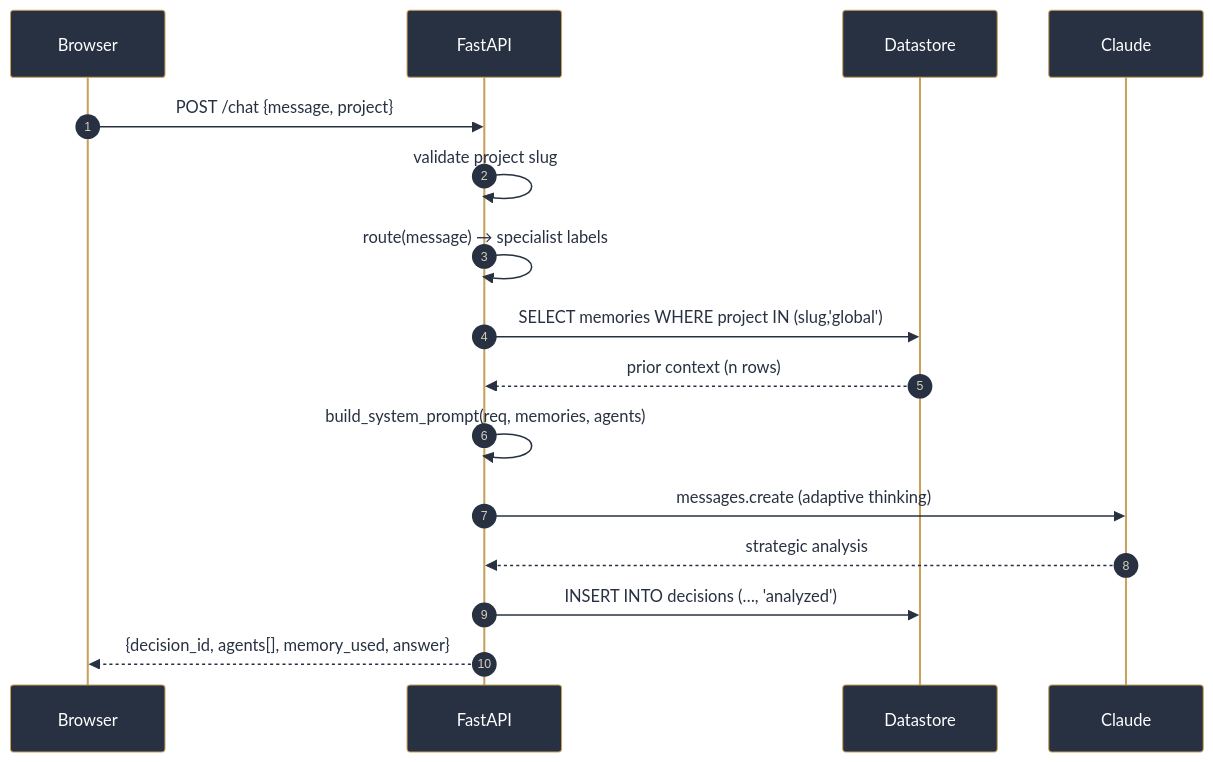
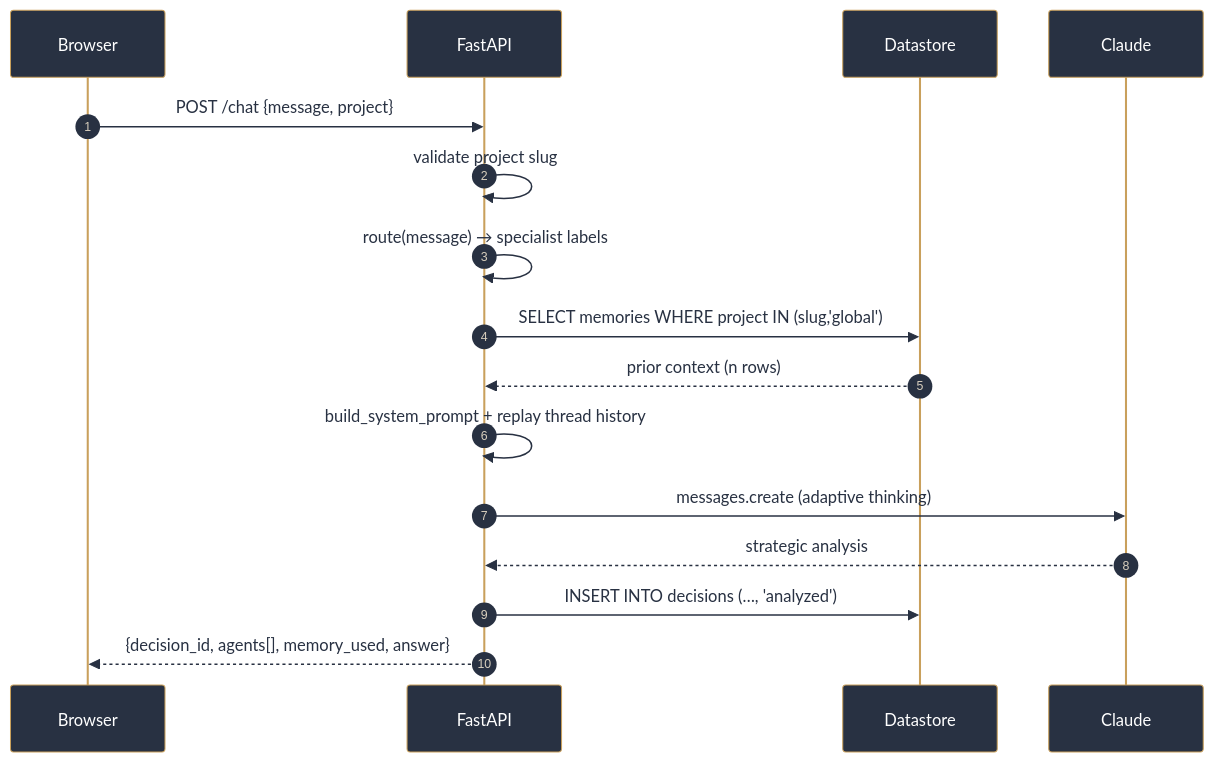
The second of 6 diagrams in README.md (SpeakPower-commits/claude-central-agent), drawn with Mermaid before and after one commit. The commit also changed other lines of this file and 1 other file, not shown here.

````diff
--- a/README.md
+++ b/README.md
@@ -107,20 +107,20 @@
 ```mermaid
 %%{init: {'theme':'base','themeVariables':{'primaryColor':'#283142','primaryTextColor':'#ffffff','primaryBorderColor':'#C9A05C','lineColor':'#283142','signalColor':'#283142','signalTextColor':'#283142','actorBkg':'#283142','actorTextColor':'#ffffff','actorBorder':'#C9A05C','fontFamily':'ui-sans-serif, system-ui, sans-serif'}}}%%
 sequenceDiagram
     autonumber
     participant U as Browser
     participant A as FastAPI
     participant D as Datastore
     participant L as Claude
 
     U->>A: POST /chat {message, project}
     A->>A: validate project slug
     A->>A: route(message) → specialist labels
     A->>D: SELECT memories WHERE project IN (slug,'global')
     D-->>A: prior context (n rows)
-    A->>A: build_system_prompt(req, memories, agents)
+    A->>A: build_system_prompt + replay thread history
     A->>L: messages.create (adaptive thinking)
     L-->>A: strategic analysis
     A->>D: INSERT INTO decisions (…, 'analyzed')
     A-->>U: {decision_id, agents[], memory_used, answer}
 ```
````
